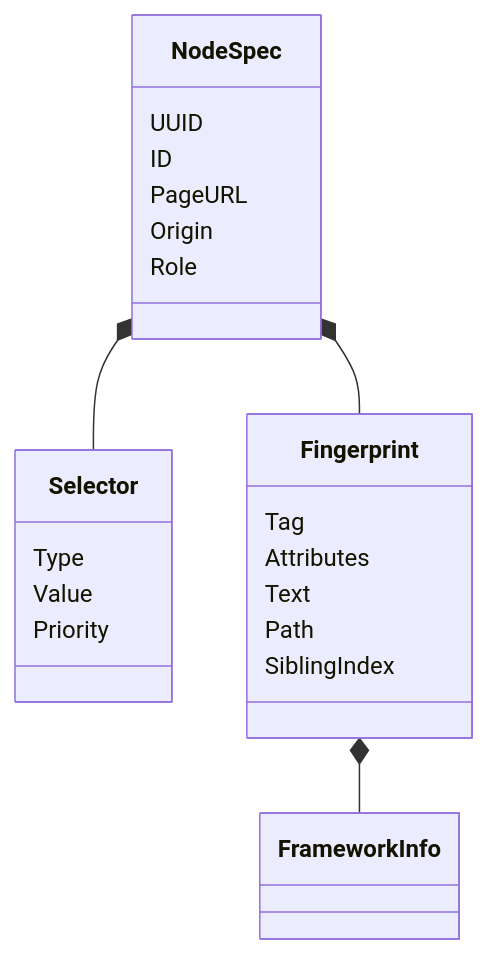
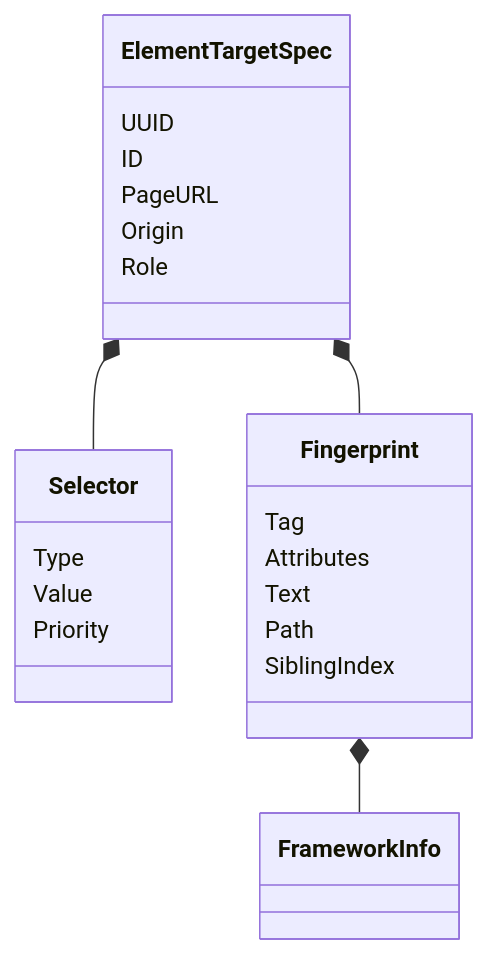
One commit to Capsule7446/healix-core changed the first of 2 diagrams in docs/domains/fingerprint.md. Above: the diagram before and after it, drawn with Mermaid. The commit also changed other lines of this file and 380 other files, not shown here.

````diff
--- a/docs/domains/fingerprint.md
+++ b/docs/domains/fingerprint.md
@@ -6,26 +9,26 @@
 ```mermaid
 classDiagram
-  class NodeSpec {
+  class ElementTargetSpec {
     UUID
     ID
     PageURL
     Origin
     Role
   }
   class Selector {
     Type
     Value
     Priority
   }
   class Fingerprint {
     Tag
     Attributes
     Text
     Path
     SiblingIndex
   }
   class FrameworkInfo
-  NodeSpec *-- Selector
-  NodeSpec *-- Fingerprint
+  ElementTargetSpec *-- Selector
+  ElementTargetSpec *-- Fingerprint
   Fingerprint *-- FrameworkInfo
 ```
````
